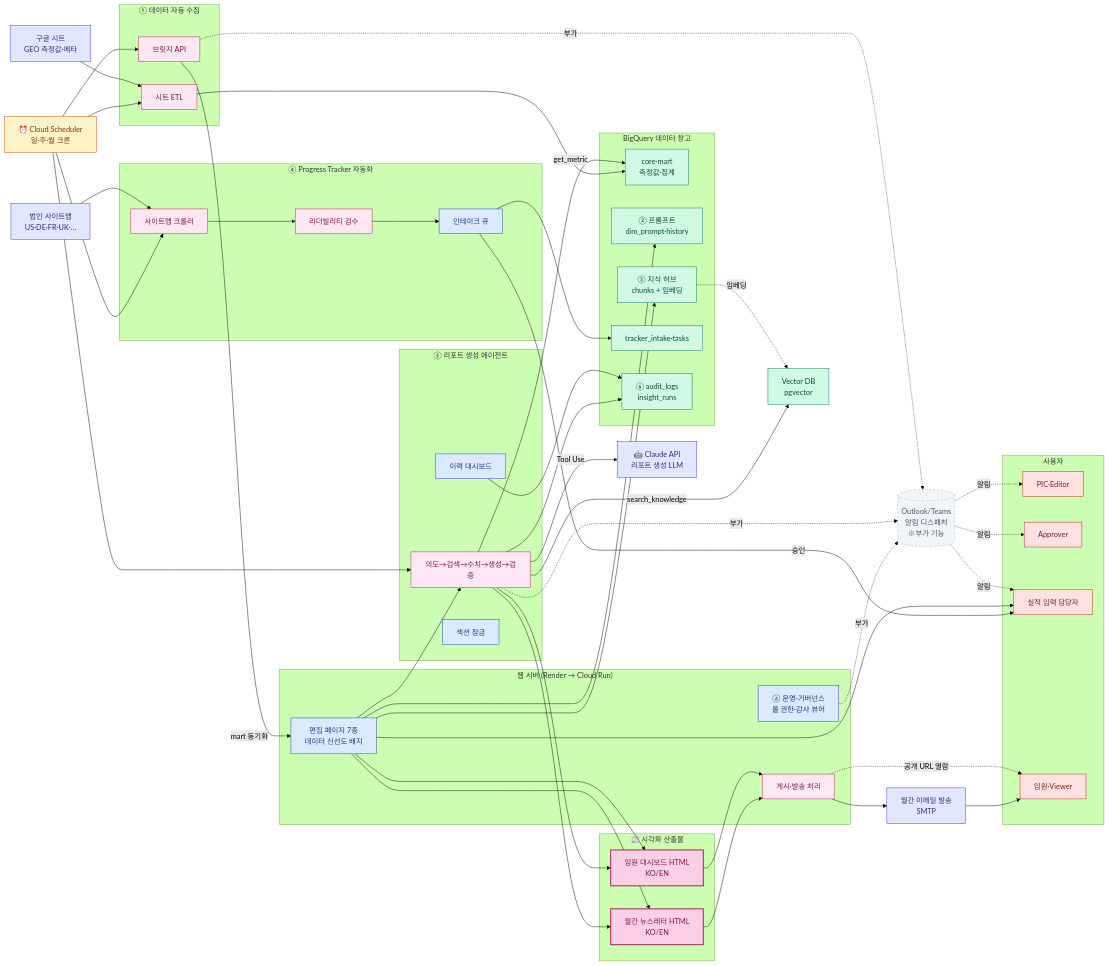
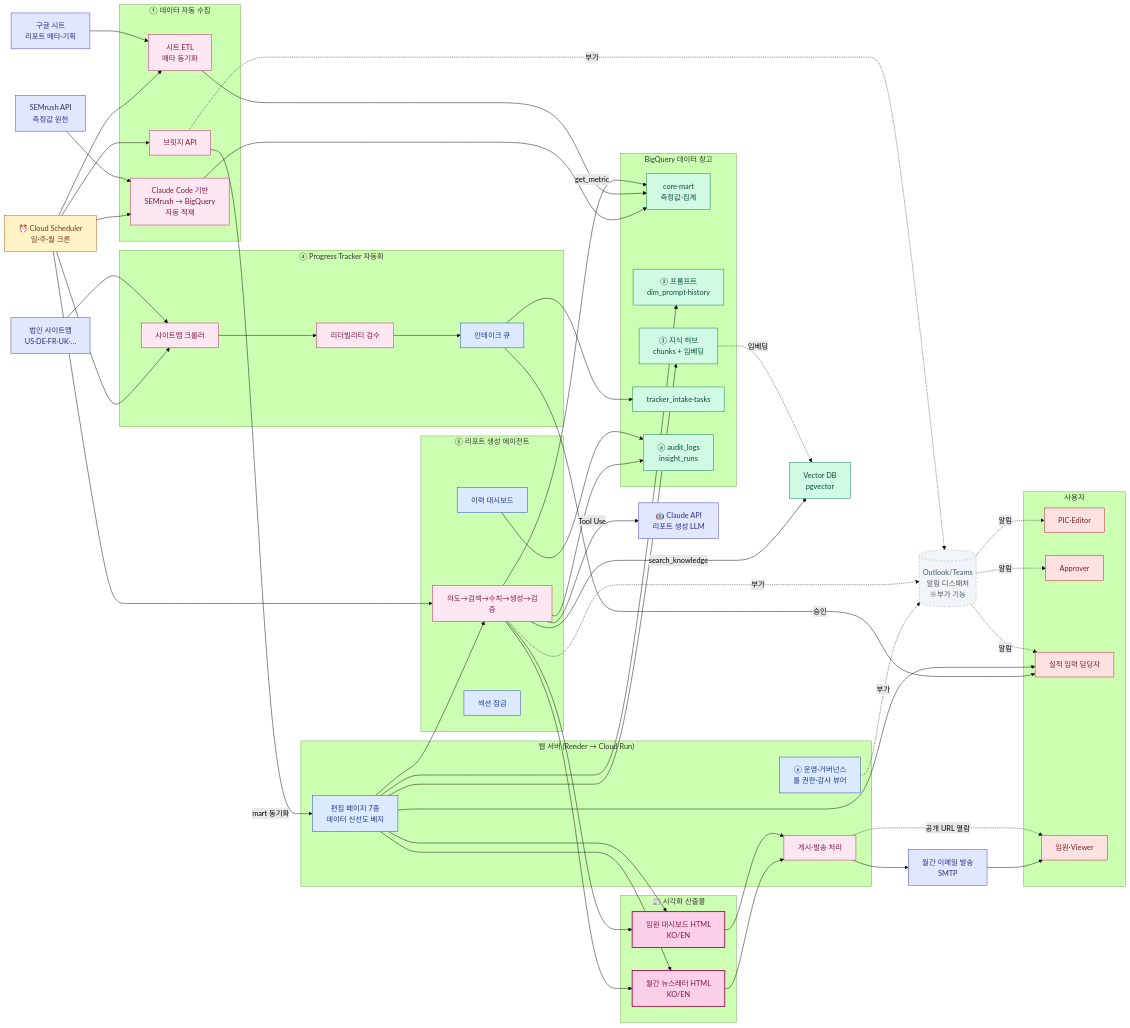
The second of 3 diagrams in docs/ADMIN_PLAN.md (mts8787-droid/my-geo-newsletter), drawn with Mermaid (forest theme) before and after one commit. The commit also changed other lines of this file and 1 other file, not shown here.

First line of the commit message:
docs: SEMrush 자동 적재 반영 — 현행/투비 + dashboard-raw-data 레포 연계

```diff
--- a/docs/ADMIN_PLAN.md
+++ b/docs/ADMIN_PLAN.md
@@ -115,11 +134,13 @@
 
   Sched[⏰ Cloud Scheduler<br/>일·주·월 크론]:::sched
 
-  Sheets[구글 시트<br/>GEO 측정값·메타]:::ext
+  SEM[SEMrush API<br/>측정값 원천]:::ext
+  Sheets[구글 시트<br/>리포트 메타·기획]:::ext
   Sites[법인 사이트맵<br/>US·DE·FR·UK·…]:::ext
 
   subgraph Ingest["① 데이터 자동 수집"]
-    ETL[시트 ETL]:::run
+    CC[Claude Code 기반<br/>SEMrush → BigQuery<br/>자동 적재]:::run
+    ETL[시트 ETL<br/>메타 동기화]:::run
     Bridge[브릿지 API]:::run
   end
 
@@ -169,6 +190,8 @@
     Exec[임원·Viewer]:::user
   end
 
+  Sched --> CC
+  SEM --> CC --> Core
   Sched --> ETL
   Sheets --> ETL --> Core
   Sched --> SC
```
